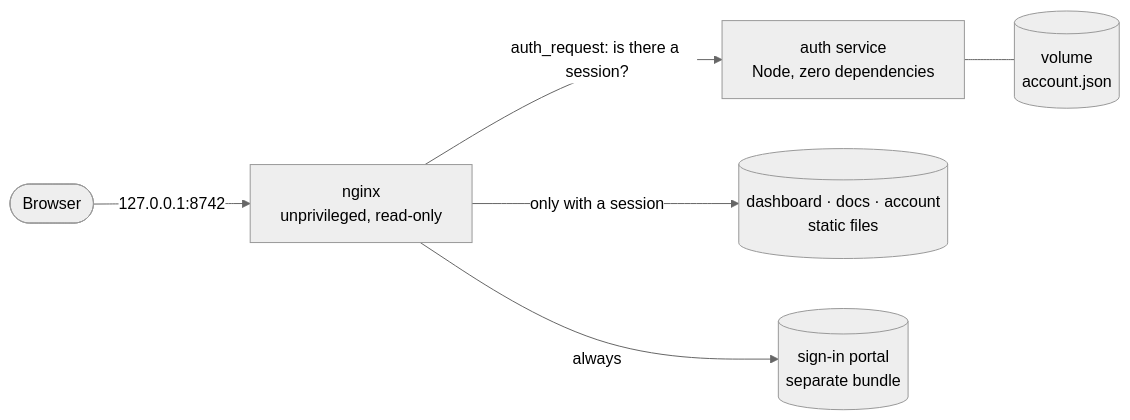
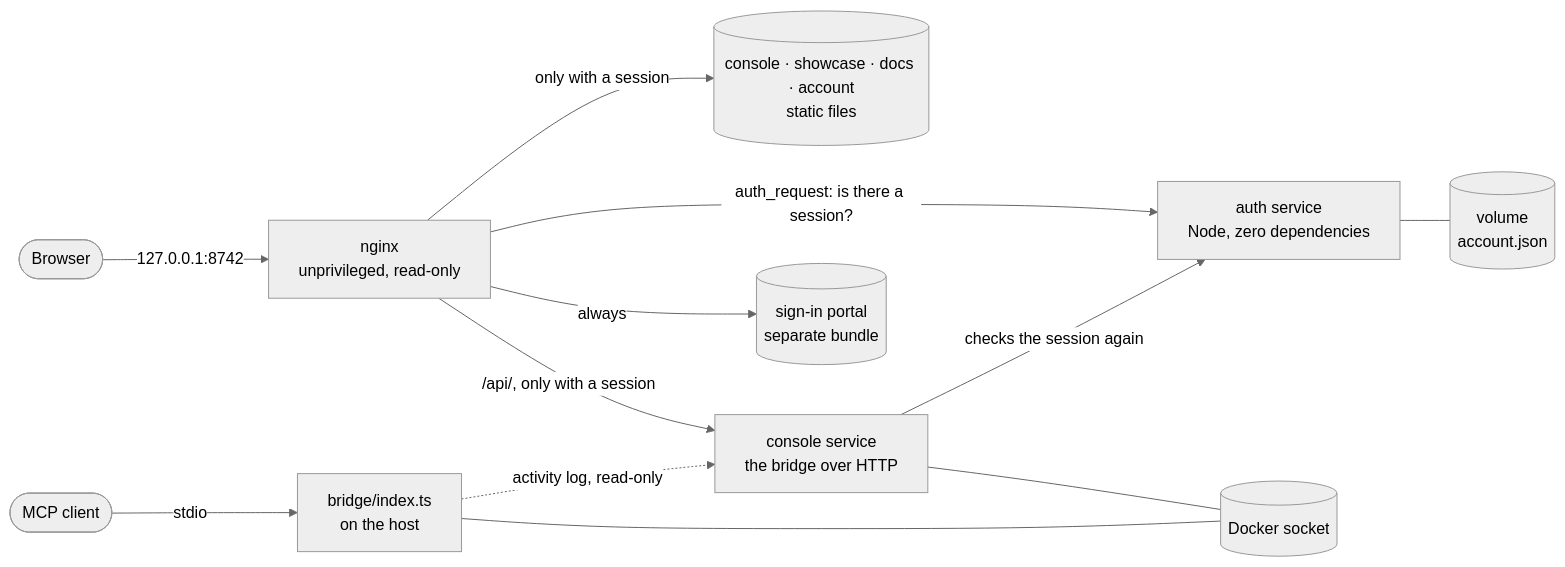
Before and after one commit to kizzbonez/docker_bridge: the diagram in README.md, drawn with Mermaid (neutral theme). The commit also changed other lines of this file and 6 other files, not shown here.

````diff
--- a/README.md
+++ b/README.md
@@ -166,8 +283,14 @@
 ```mermaid
 flowchart LR
   B([Browser]) -->|127.0.0.1:8742| N[nginx<br/>unprivileged, read-only]
   N -->|"auth_request: is there a session?"| A[auth service<br/>Node, zero dependencies]
-  N -->|only with a session| S[(dashboard · docs · account<br/>static files)]
+  N -->|only with a session| S[(console · showcase · docs · account<br/>static files)]
+  N -->|"/api/, only with a session"| C[console service<br/>the bridge over HTTP]
   N -->|always| P[(sign-in portal<br/>separate bundle)]
+  C -->|checks the session again| A
+  C --- D[(Docker socket)]
   A --- V[(volume<br/>account.json)]
+  M([MCP client]) -->|stdio| R[bridge/index.ts<br/>on the host]
+  R --- D
+  R -.->|activity log, read-only| C
 ```
````
